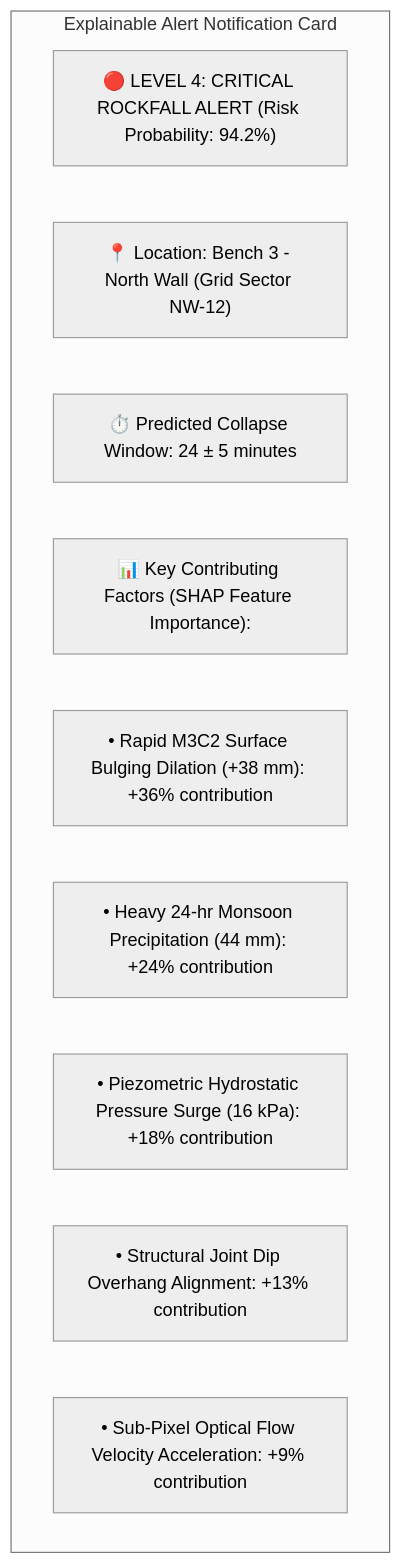
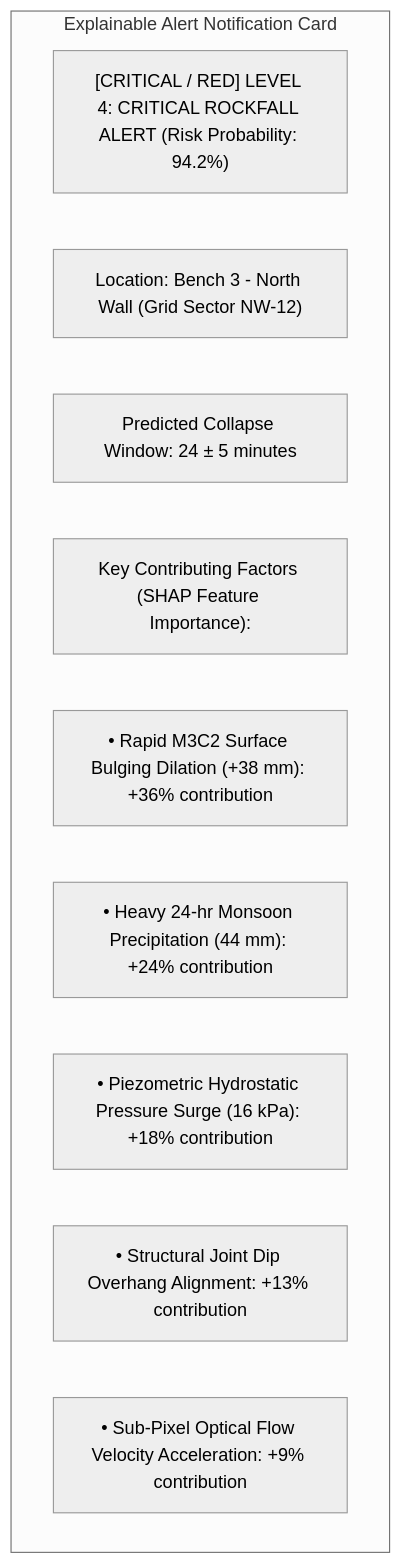
Before and after one commit to angelverman2021-a11y/Report: diagram 11 of 13 in docs/06_LiDAR_Laser_Scanning.md, drawn with Mermaid (neutral theme). The commit also changed other lines of this file and 32 other files, not shown here.

````diff
--- a/docs/06_LiDAR_Laser_Scanning.md
+++ b/docs/06_LiDAR_Laser_Scanning.md
@@ -422,14 +422,14 @@
 ```mermaid
 graph TD
-    subgraph Explainable Alert Notification Card
-        A["🔴 LEVEL 4: CRITICAL ROCKFALL ALERT (Risk Probability: 94.2%)"]
-        B["📍 Location: Bench 3 - North Wall (Grid Sector NW-12)"]
-        C["⏱️ Predicted Collapse Window: 24 ± 5 minutes"]
-        D["📊 Key Contributing Factors (SHAP Feature Importance):"]
-        D1["• Rapid M3C2 Surface Bulging Dilation (+38 mm): +36% contribution"]
-        D2["• Heavy 24-hr Monsoon Precipitation (44 mm): +24% contribution"]
-        D3["• Piezometric Hydrostatic Pressure Surge (16 kPa): +18% contribution"]
-        D4["• Structural Joint Dip Overhang Alignment: +13% contribution"]
-        D5["• Sub-Pixel Optical Flow Velocity Acceleration: +9% contribution"]
-    end
+ subgraph Explainable Alert Notification Card
+ A["[CRITICAL / RED] LEVEL 4: CRITICAL ROCKFALL ALERT (Risk Probability: 94.2%)"]
+ B[" Location: Bench 3 - North Wall (Grid Sector NW-12)"]
+ C[" Predicted Collapse Window: 24 ± 5 minutes"]
+ D[" Key Contributing Factors (SHAP Feature Importance):"]
+ D1["• Rapid M3C2 Surface Bulging Dilation (+38 mm): +36% contribution"]
+ D2["• Heavy 24-hr Monsoon Precipitation (44 mm): +24% contribution"]
+ D3["• Piezometric Hydrostatic Pressure Surge (16 kPa): +18% contribution"]
+ D4["• Structural Joint Dip Overhang Alignment: +13% contribution"]
+ D5["• Sub-Pixel Optical Flow Velocity Acceleration: +9% contribution"]
+ end
 ```
````
